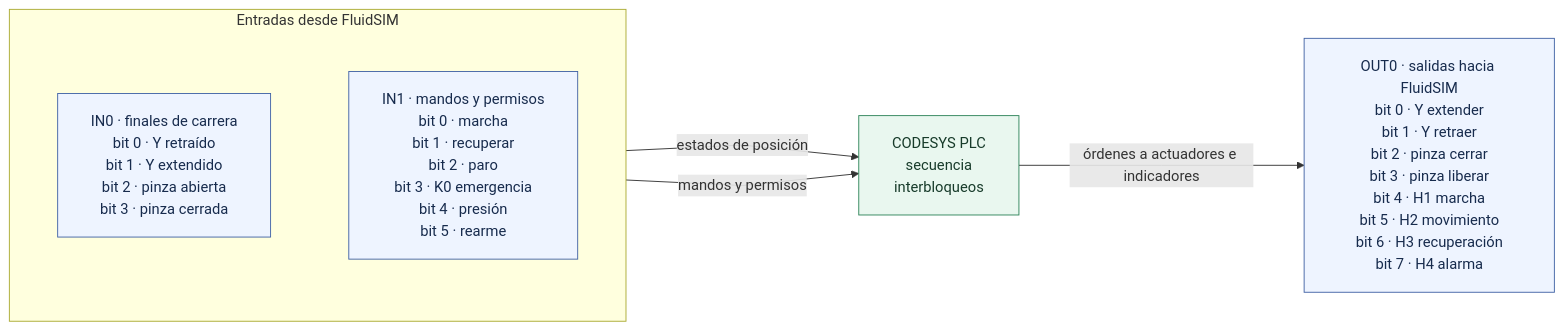
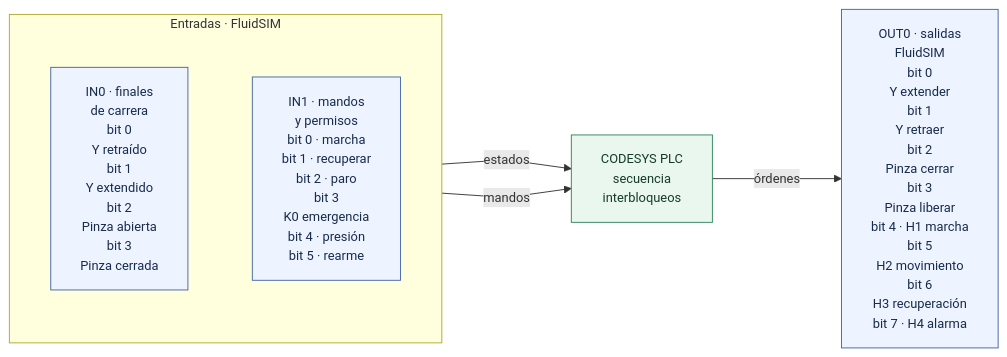
The second of 2 diagrams in README.md (GinnethRubio/Mini-ASRS), drawn with Mermaid before and after one commit. The commit also changed 1 other file, not shown here.

Commit message:
Wrap I/O diagram labels to fit nodes

````diff
--- a/README.md
+++ b/README.md
@@ -49,18 +49,18 @@
 ```mermaid
-%%{init: {"flowchart": {"htmlLabels": true, "nodeSpacing": 85, "rankSpacing": 110, "curve": "linear", "padding": 18}}}%%
+%%{init: {"flowchart": {"htmlLabels": true, "nodeSpacing": 70, "rankSpacing": 90, "curve": "linear", "padding": 16}, "themeVariables": {"fontSize": "14px"}}}%%
 flowchart LR
-    subgraph IN["Entradas desde FluidSIM"]
+    subgraph IN["Entradas · FluidSIM"]
         direction TB
-        IN0["IN0 · finales de carrera<br/>bit 0 · Y retraído<br/>bit 1 · Y extendido<br/>bit 2 · pinza abierta<br/>bit 3 · pinza cerrada"]
-        IN1["IN1 · mandos y permisos<br/>bit 0 · marcha<br/>bit 1 · recuperar<br/>bit 2 · paro<br/>bit 3 · K0 emergencia<br/>bit 4 · presión<br/>bit 5 · rearme"]
+        IN0["IN0 · finales<br/>de carrera<br/>bit 0<br/>Y retraído<br/>bit 1<br/>Y extendido<br/>bit 2<br/>Pinza abierta<br/>bit 3<br/>Pinza cerrada"]
+        IN1["IN1 · mandos<br/>y permisos<br/>bit 0 · marcha<br/>bit 1 · recuperar<br/>bit 2 · paro<br/>bit 3<br/>K0 emergencia<br/>bit 4 · presión<br/>bit 5 · rearme"]
     end
     PLC["CODESYS PLC<br/>secuencia<br/>interbloqueos"]
-    OUT["OUT0 · salidas hacia FluidSIM<br/>bit 0 · Y extender<br/>bit 1 · Y retraer<br/>bit 2 · pinza cerrar<br/>bit 3 · pinza liberar<br/>bit 4 · H1 marcha<br/>bit 5 · H2 movimiento<br/>bit 6 · H3 recuperación<br/>bit 7 · H4 alarma"]
-    IN0 -->|"estados de posición"| PLC
-    IN1 -->|"mandos y permisos"| PLC
-    PLC -->|"órdenes a actuadores e indicadores"| OUT
+    OUT["OUT0 · salidas<br/>FluidSIM<br/>bit 0<br/>Y extender<br/>bit 1<br/>Y retraer<br/>bit 2<br/>Pinza cerrar<br/>bit 3<br/>Pinza liberar<br/>bit 4 · H1 marcha<br/>bit 5<br/>H2 movimiento<br/>bit 6<br/>H3 recuperación<br/>bit 7 · H4 alarma"]
+    IN0 -->|"estados"| PLC
+    IN1 -->|"mandos"| PLC
+    PLC -->|"órdenes"| OUT
     classDef io fill:#eef4ff,stroke:#4263a5,color:#172b4d;
     classDef logic fill:#e9f7ef,stroke:#2f855a,color:#173b2a;
     class IN0,IN1,OUT io;
     class PLC logic;
 ```
````
